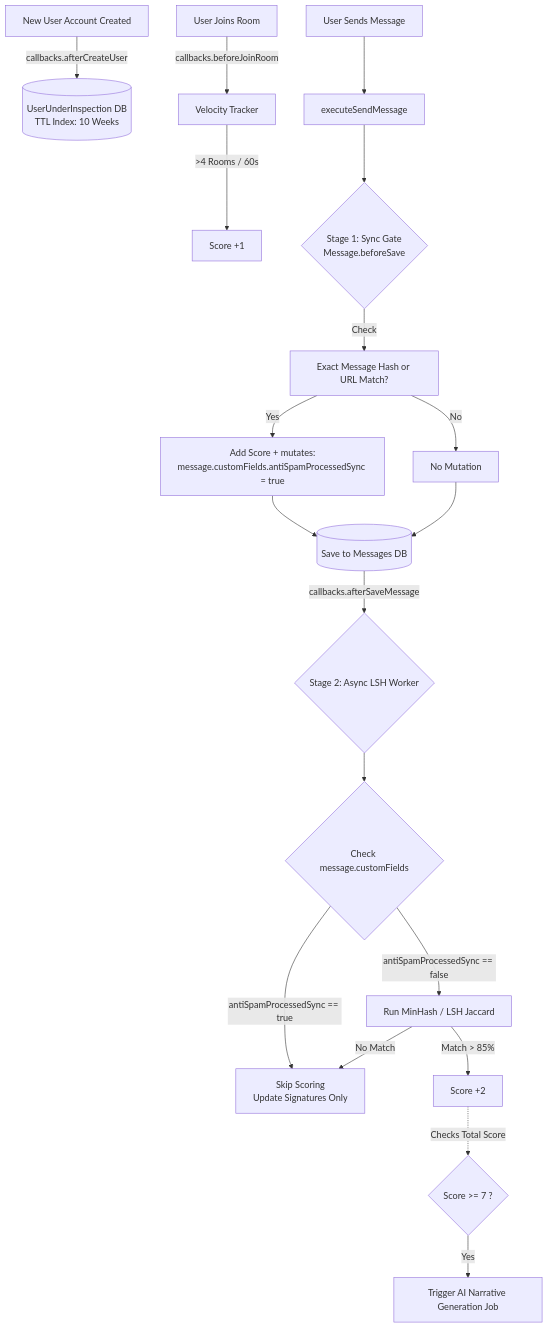
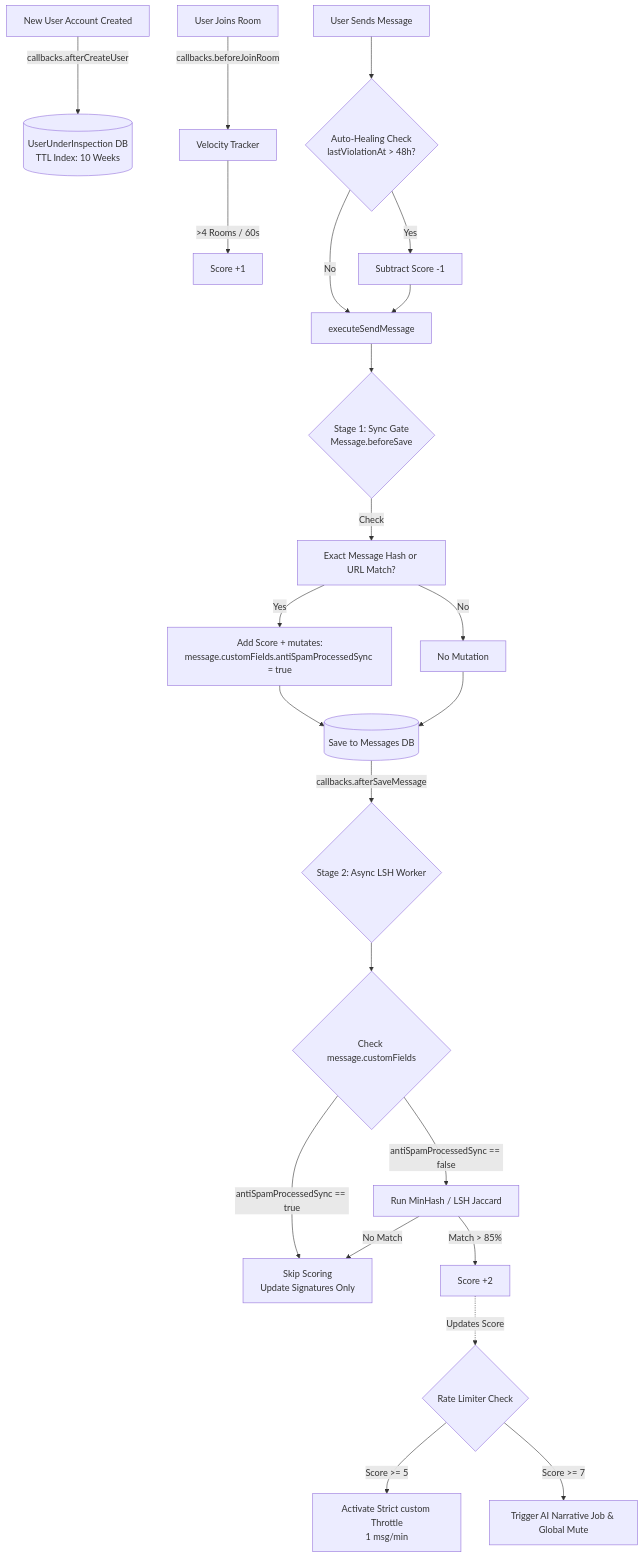
The diagram in AntiSpam_Implementation_Guide.md (kushkumarkashyap7280/Rocket.Chat), drawn with Mermaid before and after one commit. The commit also changed other lines of this file, not shown here.

Commit message:
feat: Implement event-driven auto-healing for score decay in Anti-Spam system

````diff
--- a/AntiSpam_Implementation_Guide.md
+++ b/AntiSpam_Implementation_Guide.md
@@ -11,33 +11,38 @@
 ```mermaid
 graph TD
     %% User Lifecycle
     A[New User Account Created] -->|callbacks.afterCreateUser| B[(UserUnderInspection DB<br>TTL Index: 10 Weeks)]
     
     %% Room Join Lifecycle
     J1[User Joins Room] -->|callbacks.beforeJoinRoom| J2[Velocity Tracker]
     J2 -- >4 Rooms / 60s --> J3[Score +1]
     
     %% Message Lifecycle
-    C[User Sends Message] --> D[executeSendMessage]
-    D --> E{Stage 1: Sync Gate<br>Message.beforeSave}
+    C[User Sends Message] --> D{Auto-Healing Check<br>lastViolationAt > 48h?}
+    D -- Yes --> D1[Subtract Score -1]
+    D -- No --> D2
+    D1 --> D2[executeSendMessage]
+    
+    D2 --> E{Stage 1: Sync Gate<br>Message.beforeSave}
     
     E -->|Check| F[Exact Message Hash or URL Match?]
     F -- Yes --> G[Add Score + mutates:<br>message.customFields.antiSpamProcessedSync = true]
     F -- No --> H[No Mutation]
     
     G --> I[(Save to Messages DB)]
     H --> I
     
     I -->|callbacks.afterSaveMessage| J{Stage 2: Async LSH Worker}
     
     J --> K{Check message.customFields}
     K -- antiSpamProcessedSync == true --> L[Skip Scoring <br> Update Signatures Only]
     K -- antiSpamProcessedSync == false --> M[Run MinHash / LSH Jaccard]
     
     M -- Match > 85% --> N[Score +2]
     M -- No Match --> L
     
-    %% AI Pipeline
-    N -. Checks Total Score .-> O{Score >= 7 ?}
-    O -- Yes --> P[Trigger AI Narrative Generation Job]
+    %% Enforcement & AI Pipeline
+    N -. Updates Score .-> RL{Rate Limiter Check}
+    RL -- Score >= 5 --> RM[Activate Strict custom Throttle<br>1 msg/min]
+    RL -- Score >= 7 --> O[Trigger AI Narrative Job & Global Mute]
 ```
````
